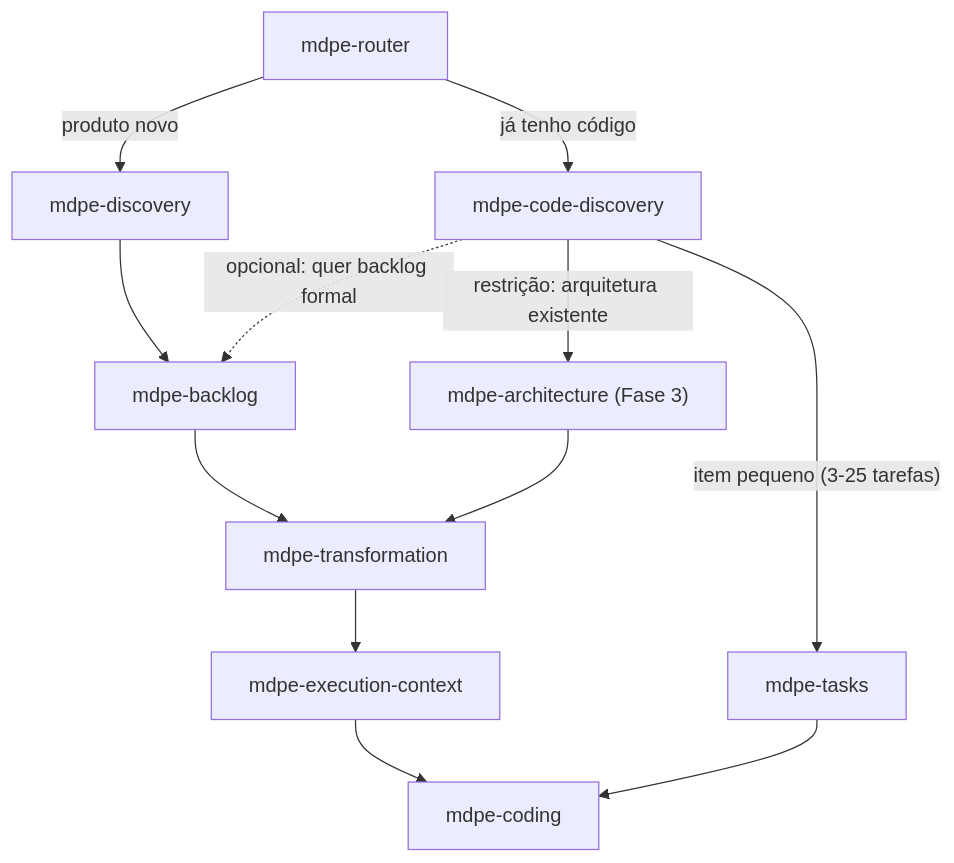
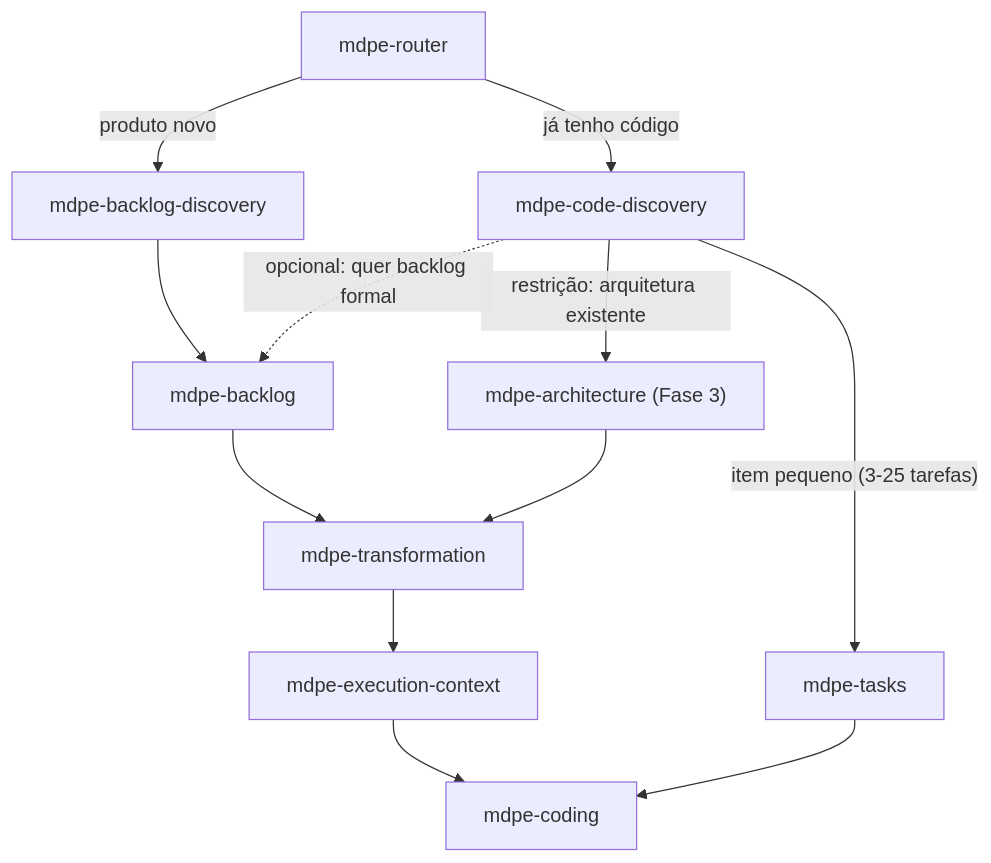
Before and after one commit to kallebelins/mdpe-skills: the diagram in docs/adr/adr-001-brownfield-discovery.md, drawn with Mermaid. The commit also changed other lines of this file and 29 other files, not shown here.

First line of the commit message:
feat(mdpe-skills): reorganize discovery skills and expand design-led entry points

````diff
--- a/docs/adr/adr-001-brownfield-discovery.md
+++ b/docs/adr/adr-001-brownfield-discovery.md
@@ -57,14 +57,14 @@
 ```mermaid
 graph TD
-    R[mdpe-router] -->|produto novo| D[mdpe-discovery]
+    R[mdpe-router] -->|produto novo| D[mdpe-backlog-discovery]
     R -->|"já tenho código"| CD[mdpe-code-discovery]
     D --> B[mdpe-backlog]
     CD -.->|"opcional: quer backlog formal"| B
     CD -->|"restrição: arquitetura existente"| A["mdpe-architecture (Fase 3)"]
     CD -->|"item pequeno (3-25 tarefas)"| MT[mdpe-tasks]
     B --> T[mdpe-transformation]
     A --> T
     T --> EC[mdpe-execution-context]
     MT --> C[mdpe-coding]
     EC --> C
 ```
````
